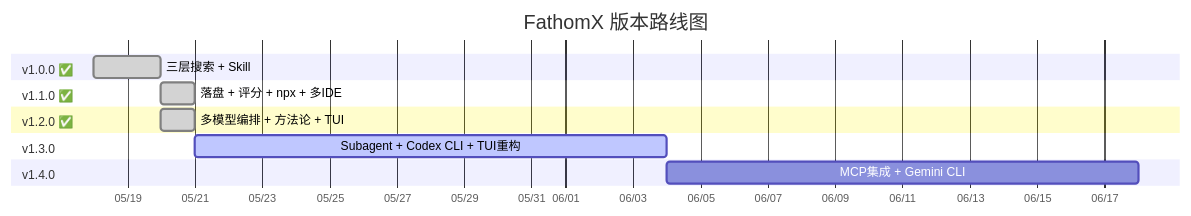
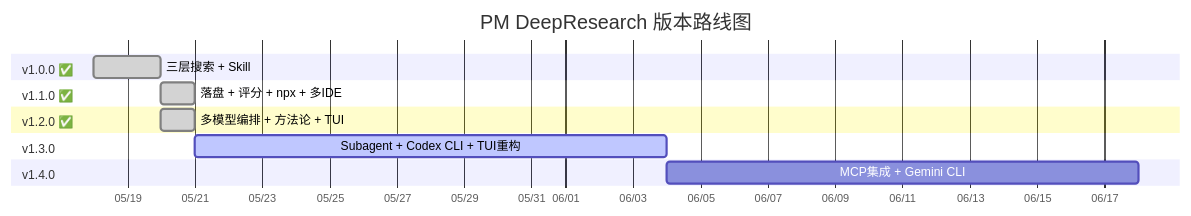
One commit to Runa798/fathomx changed diagram 11 of 11 in docs/architecture.md. Above: the diagram before and after it, drawn with Mermaid. The commit also changed other lines of this file and 23 other files, not shown here.

First line of the commit message:
refactor: rebrand FathomX -> PM DeepResearch (text + filenames + links)

````diff
--- a/docs/architecture.md
+++ b/docs/architecture.md
@@ -556,21 +556,21 @@
 ```mermaid
 gantt
-    title FathomX 版本路线图
+    title PM DeepResearch 版本路线图
     dateFormat YYYY-MM-DD
     axisFormat %m/%d
 
     section v1.0.0 ✅
     三层搜索 + Skill           :done, v10, 2026-05-18, 2d
 
     section v1.1.0 ✅
     落盘 + 评分 + npx + 多IDE  :done, v11, 2026-05-20, 1d
 
     section v1.2.0 ✅
     多模型编排 + 方法论 + TUI  :done, v12, 2026-05-20, 1d
 
     section v1.3.0
     Subagent + Codex CLI + TUI重构 :active, v13, 2026-05-21, 14d
 
     section v1.4.0
     MCP集成 + Gemini CLI       :v14, after v13, 14d
 ```
````
